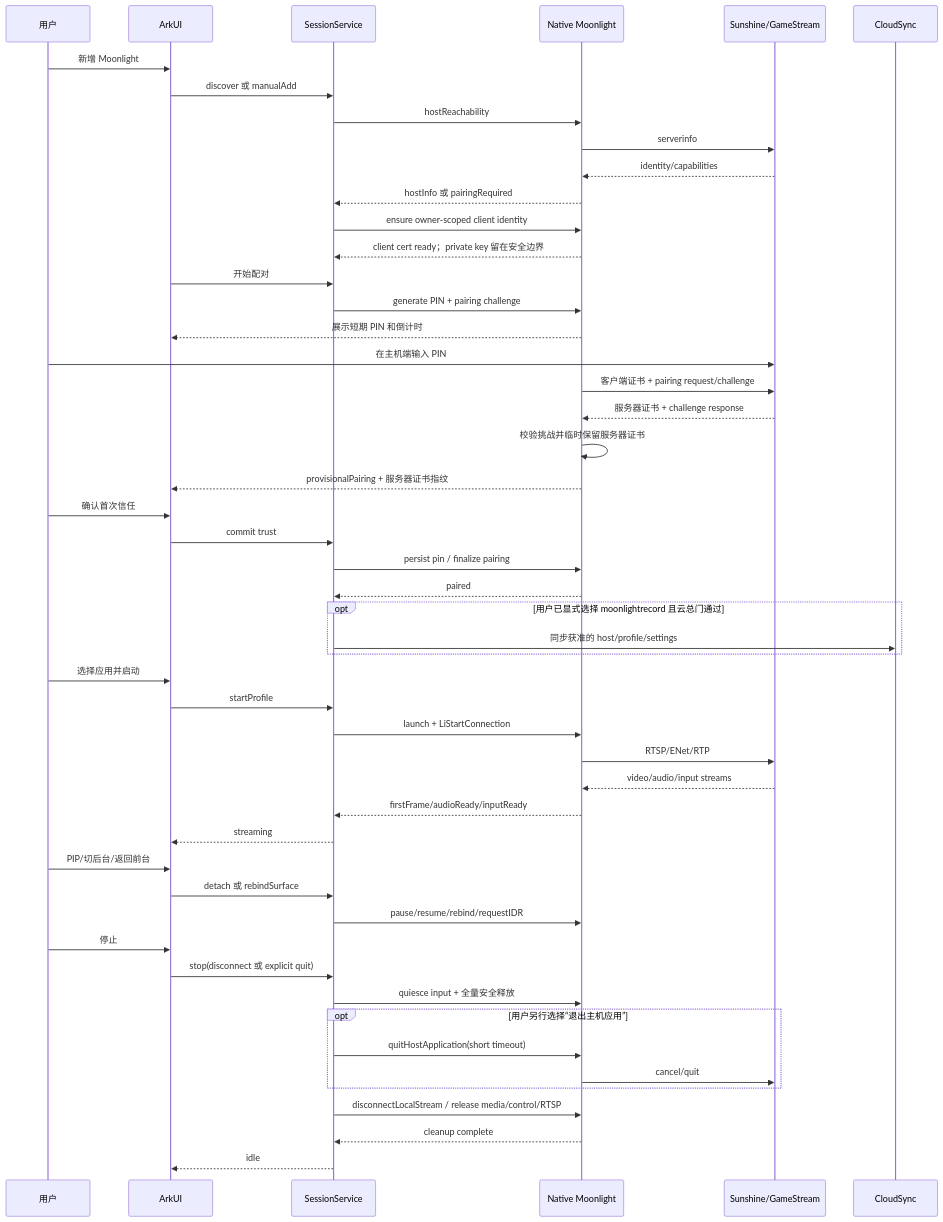
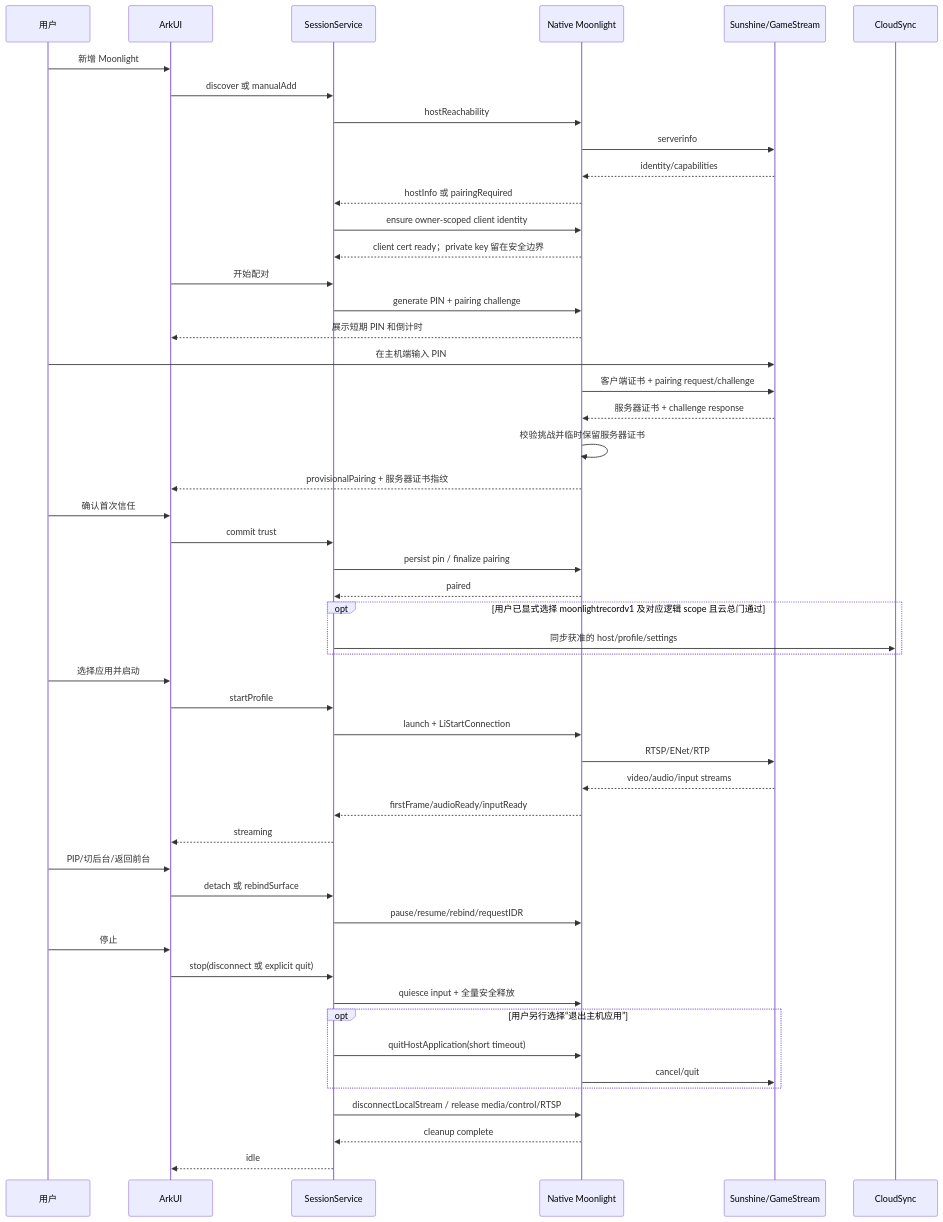
One commit to Mydstiny/RemoteDeskHarmonyOS changed the fourth of 5 diagrams in docs/superpowers/plans/2026-07-28-moonlight-harmonyos-complete-upgrade-plan.md. Above: the diagram before and after it, drawn with Mermaid. The commit also changed other lines of this file and 19 other files, not shown here.

```diff
--- a/docs/superpowers/plans/2026-07-28-moonlight-harmonyos-complete-upgrade-plan.md
+++ b/docs/superpowers/plans/2026-07-28-moonlight-harmonyos-complete-upgrade-plan.md
@@ -1750,53 +1784,53 @@
 ~~~mermaid
 sequenceDiagram
   participant U as 用户
   participant A as ArkUI
   participant S as SessionService
   participant N as Native Moonlight
   participant H as Sunshine/GameStream
   participant C as CloudSync
 
   U->>A: 新增 Moonlight
   A->>S: discover 或 manualAdd
   S->>N: hostReachability
   N->>H: serverinfo
   H-->>N: identity/capabilities
   N-->>S: hostInfo 或 pairingRequired
   S->>N: ensure owner-scoped client identity
   N-->>S: client cert ready；private key 留在安全边界
   A->>S: 开始配对
   S->>N: generate PIN + pairing challenge
   N-->>A: 展示短期 PIN 和倒计时
   U->>H: 在主机端输入 PIN
   N->>H: 客户端证书 + pairing request/challenge
   H-->>N: 服务器证书 + challenge response
   N->>N: 校验挑战并临时保留服务器证书
   N-->>A: provisionalPairing + 服务器证书指纹
   U->>A: 确认首次信任
   A->>S: commit trust
   S->>N: persist pin / finalize pairing
   N-->>S: paired
-  opt 用户已显式选择 moonlightrecord 且云总门通过
+  opt 用户已显式选择 moonlightrecordv1 及对应逻辑 scope 且云总门通过
     S->>C: 同步获准的 host/profile/settings
   end
   U->>A: 选择应用并启动
   A->>S: startProfile
   S->>N: launch + LiStartConnection
   N->>H: RTSP/ENet/RTP
   H-->>N: video/audio/input streams
   N-->>S: firstFrame/audioReady/inputReady
   S-->>A: streaming
   U->>A: PIP/切后台/返回前台
   A->>S: detach 或 rebindSurface
   S->>N: pause/resume/rebind/requestIDR
   U->>A: 停止
   A->>S: stop(disconnect 或 explicit quit)
   S->>N: quiesce input + 全量安全释放
   opt 用户另行选择“退出主机应用”
     S->>N: quitHostApplication(short timeout)
     N->>H: cancel/quit
   end
   S->>N: disconnectLocalStream / release media/control/RTSP
   N-->>S: cleanup complete
   S-->>A: idle
 ~~~
```
